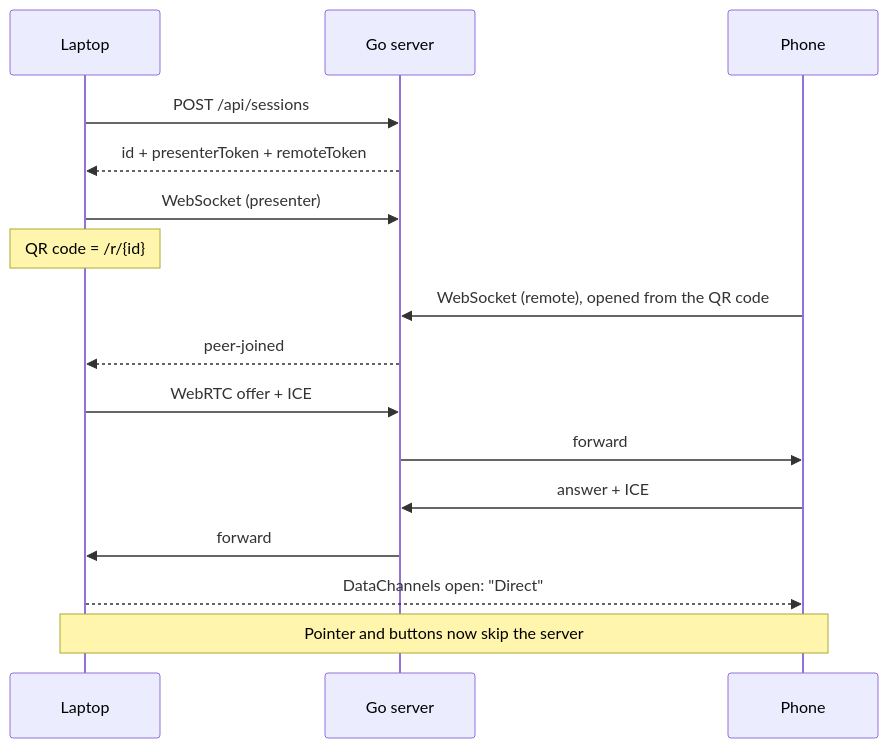
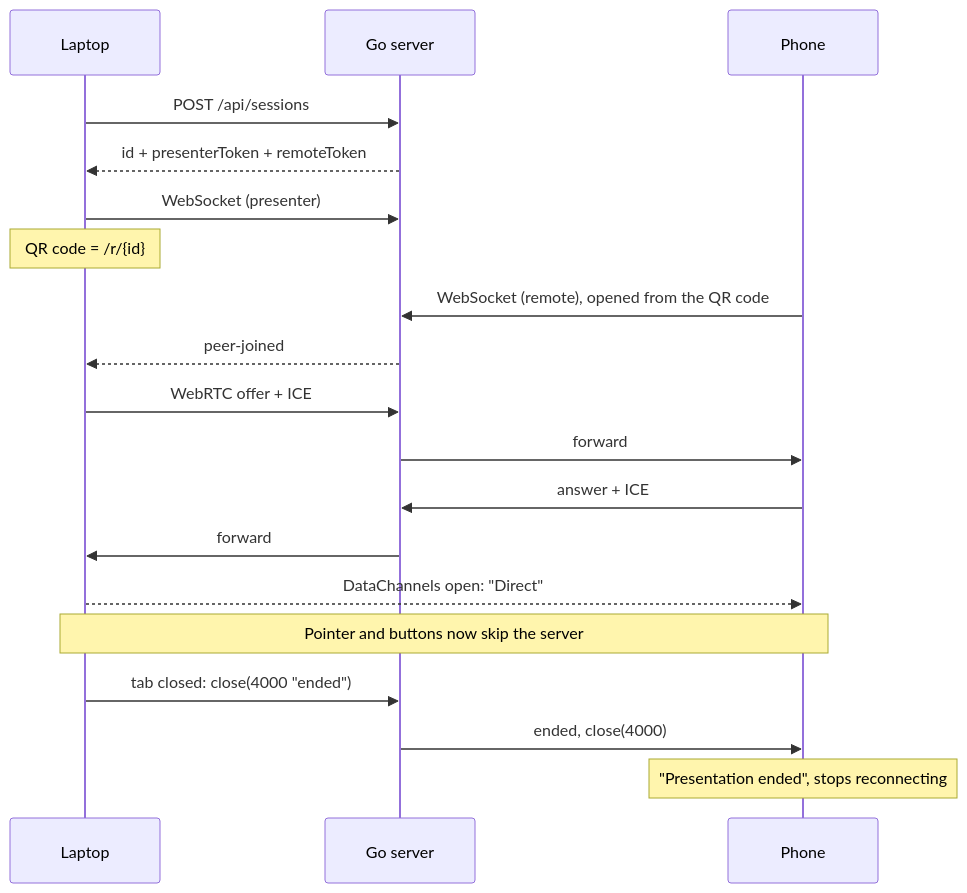
One commit to Pranav-Conova/ppt-remote changed the second of 2 diagrams in README.md. Above: the diagram before and after it, drawn with Mermaid. The commit also changed other lines of this file and 9 other files, not shown here.

````diff
--- a/README.md
+++ b/README.md
@@ -98,18 +98,21 @@
 ```mermaid
 sequenceDiagram
     participant L as Laptop
     participant S as Go server
     participant P as Phone
     L->>S: POST /api/sessions
     S-->>L: id + presenterToken + remoteToken
     L->>S: WebSocket (presenter)
     Note over L: QR code = /r/{id}#{remoteToken}
     P->>S: WebSocket (remote), opened from the QR code
     S-->>L: peer-joined
     L->>S: WebRTC offer + ICE
     S->>P: forward
     P->>S: answer + ICE
     S->>L: forward
     L-->>P: DataChannels open: "Direct"
     Note over L,P: Pointer and buttons now skip the server
+    L->>S: tab closed: close(4000 "ended")
+    S->>P: ended, close(4000)
+    Note over P: "Presentation ended", stops reconnecting
 ```
````
